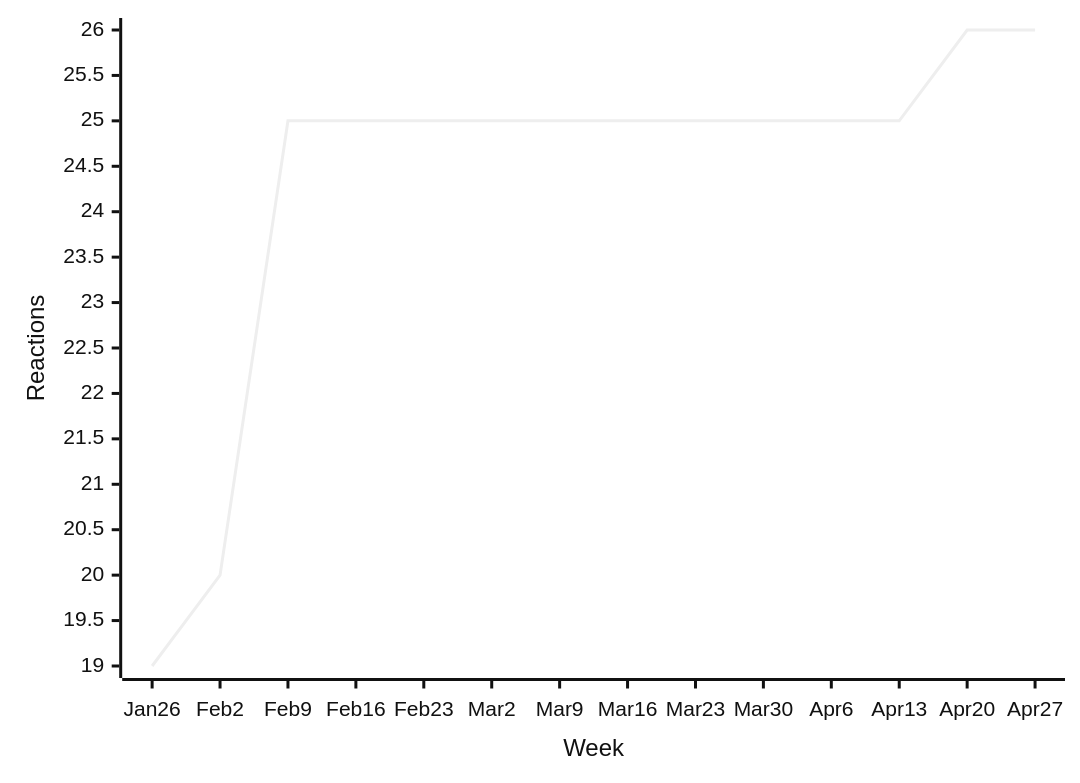
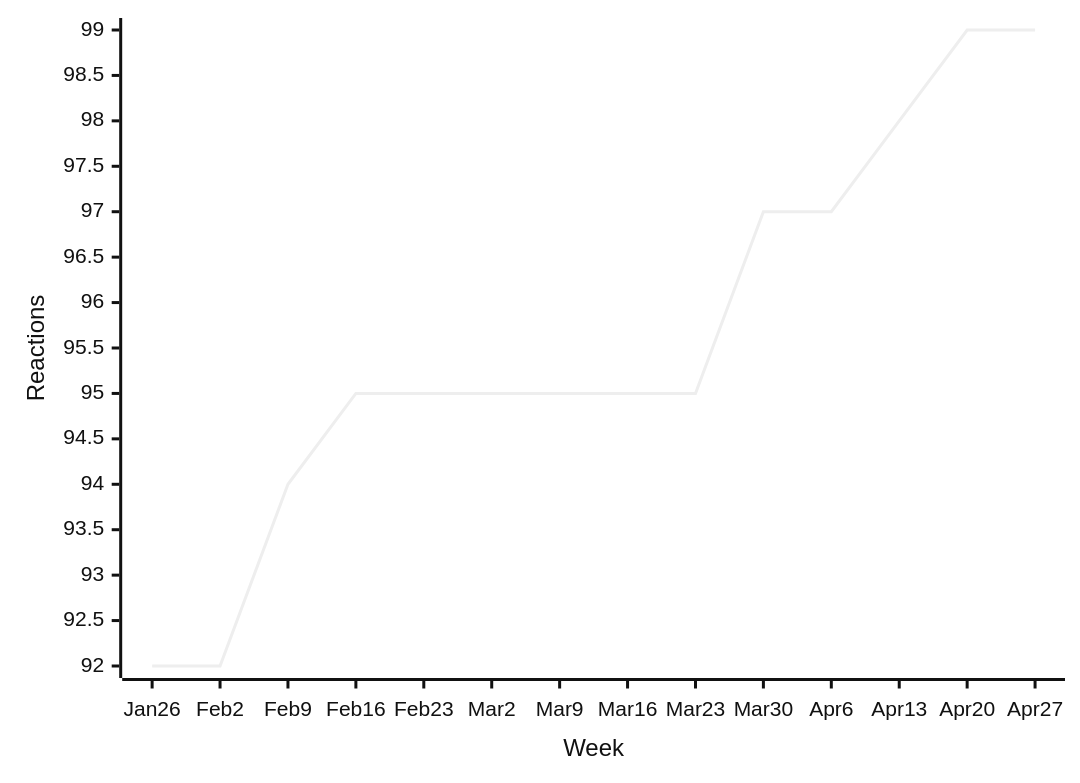
Before and after one commit to loic-sharma/github-insights: the sixth of 15 diagrams in README.md, drawn with Mermaid (neutral theme). The commit also changed other lines of this file and 2 other files, not shown here.

````diff
--- a/README.md
+++ b/README.md
@@ -225,6 +242,6 @@
   ```mermaid
   xychart-beta
     x-axis "Week" [Jan 26, Feb 2, Feb 9, Feb 16, Feb 23, Mar 2, Mar 9, Mar 16, Mar 23, Mar 30, Apr 6, Apr 13, Apr 20, Apr 27]
     y-axis "Reactions"
-    line [19, 20, 25, 25, 25, 25, 25, 25, 25, 25, 25, 25, 26, 26]
+    line [92, 92, 94, 95, 95, 95, 95, 95, 95, 97, 97, 98, 99, 99]
   ```
````
